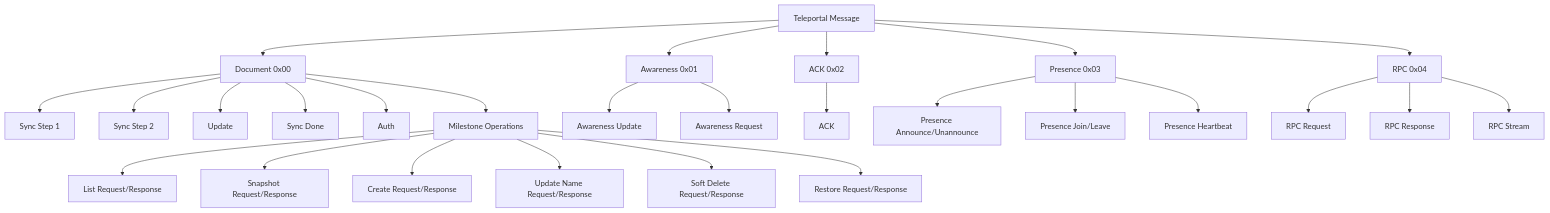
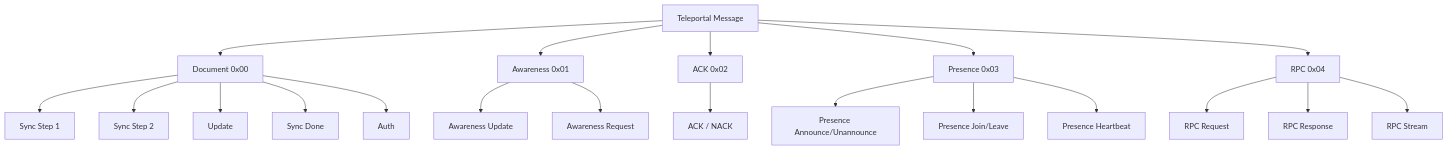
The second of 17 diagrams in docs/src/content/docs/advanced/protocol.mdx (nperez0111/teleportal), drawn with Mermaid before and after one commit. The commit also changed other lines of this file and 113 other files, not shown here.

````diff
--- a/docs/src/content/docs/advanced/protocol.mdx
+++ b/docs/src/content/docs/advanced/protocol.mdx
@@ -67,35 +67,27 @@
 ```mermaid
 graph TD
     A[Teleportal Message] --> B[Document 0x00]
     A --> C[Awareness 0x01]
     A --> D[ACK 0x02]
     A --> P[Presence 0x03]
     A --> F[RPC 0x04]
 
     B --> B1[Sync Step 1]
     B --> B2[Sync Step 2]
     B --> B3[Update]
     B --> B4[Sync Done]
     B --> B5[Auth]
-    B --> B6[Milestone Operations]
-
-    B6 --> B6a[List Request/Response]
-    B6 --> B6b[Snapshot Request/Response]
-    B6 --> B6c[Create Request/Response]
-    B6 --> B6d[Update Name Request/Response]
-    B6 --> B6e[Soft Delete Request/Response]
-    B6 --> B6f[Restore Request/Response]
 
     C --> C1[Awareness Update]
     C --> C2[Awareness Request]
 
-    D --> D1[ACK]
+    D --> D1[ACK / NACK]
 
     P --> P1[Presence Announce/Unannounce]
     P --> P2[Presence Join/Leave]
     P --> P3[Presence Heartbeat]
 
     F --> F1[RPC Request]
     F --> F2[RPC Response]
     F --> F3[RPC Stream]
 ```
````
